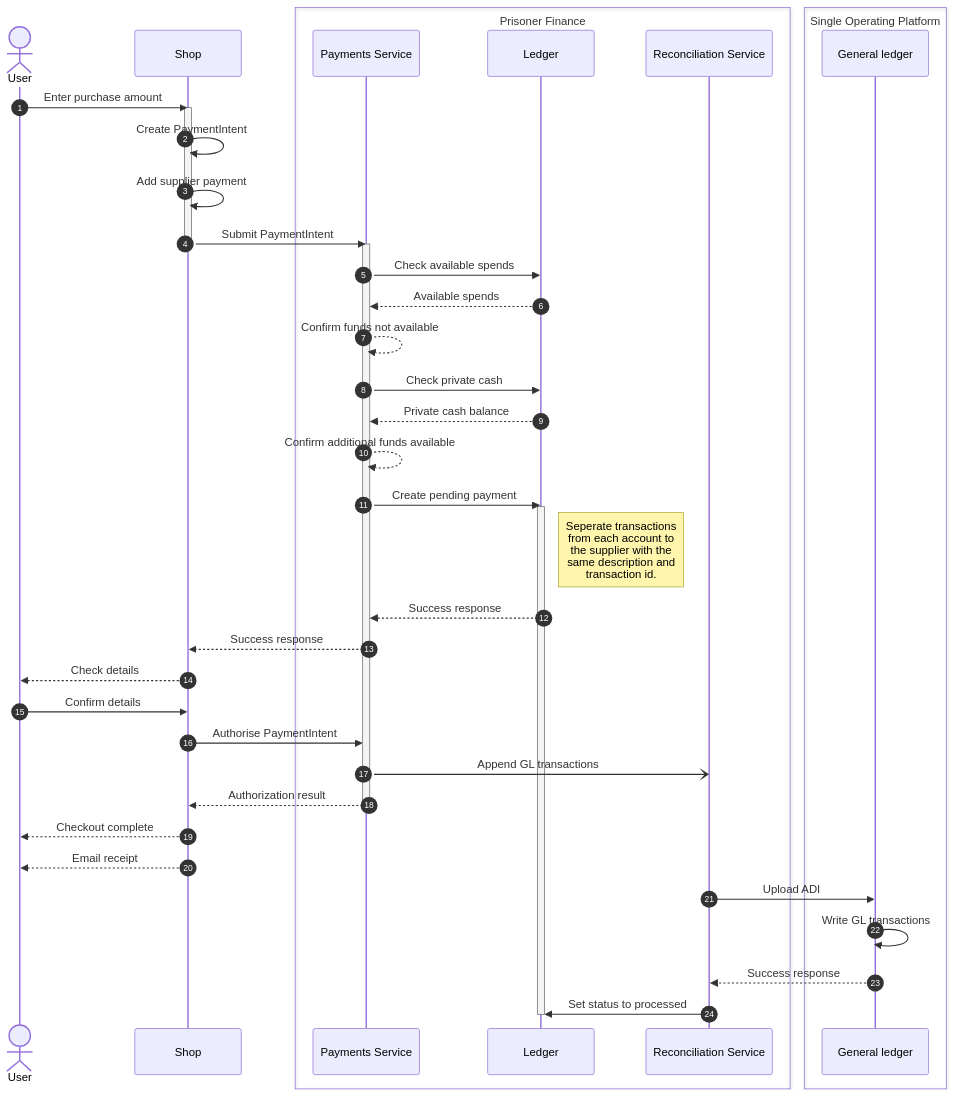
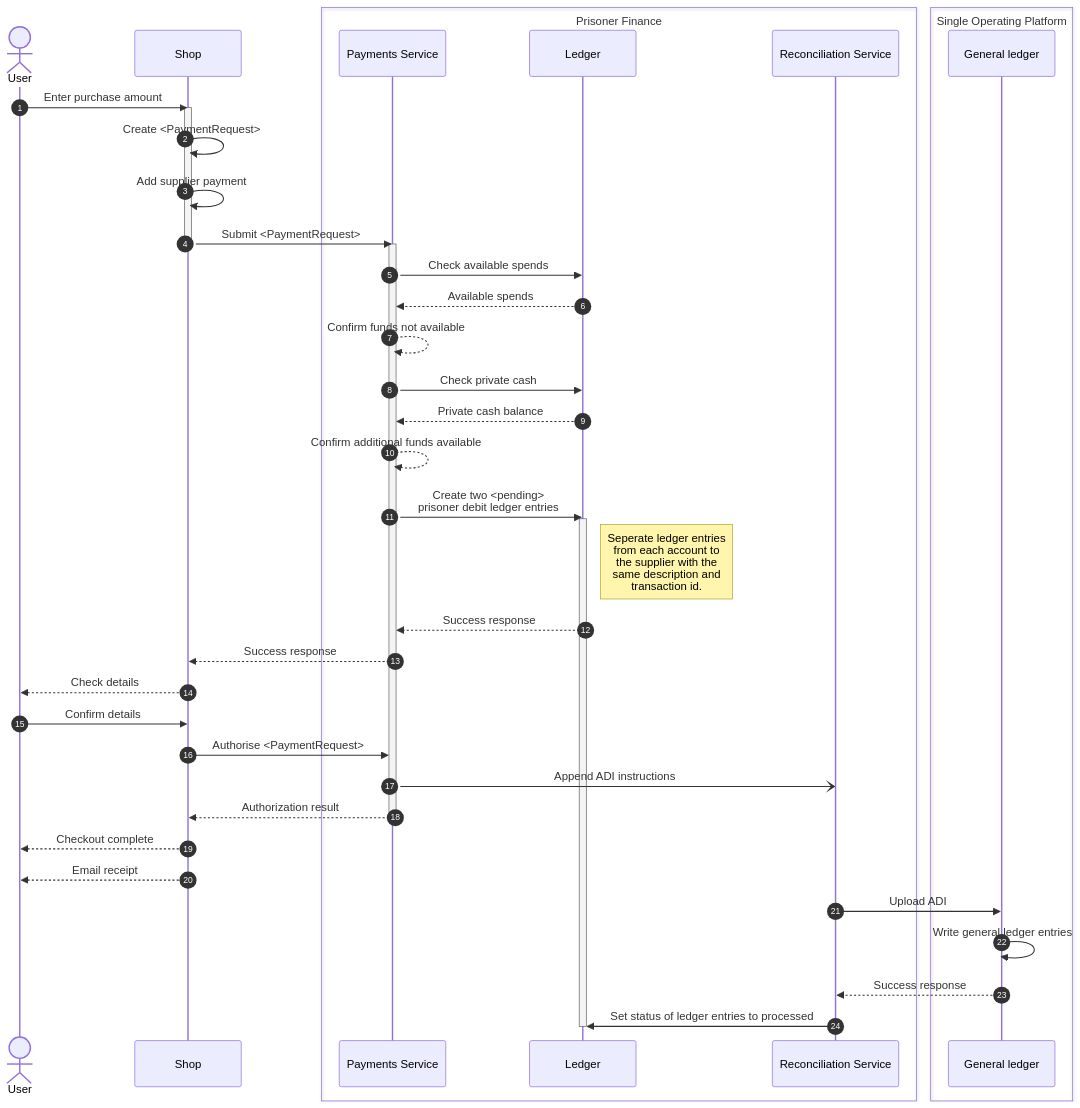
One commit to ministryofjustice/hmpps-prisoner-finance-poc-api changed the third of 8 diagrams in docs/processes-purchasing.md. Above: the diagram before and after it, drawn with Mermaid. The commit also changed other lines of this file, not shown here.

````diff
--- a/docs/processes-purchasing.md
+++ b/docs/processes-purchasing.md
@@ -105,47 +105,47 @@
 ```mermaid
 sequenceDiagram
   actor USER as User
   participant SHOP as Shop
   box Prisoner Finance
   participant API as Payments Service
   participant LEDGER as Ledger
   participant ADI as Reconciliation Service
   end
   box Single Operating Platform
   participant SOP as General ledger
   end
 
   autonumber
 
   USER ->> SHOP: Enter purchase amount
   activate SHOP
-  SHOP ->> SHOP: Create PaymentIntent
+  SHOP ->> SHOP: Create <PaymentRequest>
   SHOP ->> SHOP: Add supplier payment
-  SHOP ->> API: Submit PaymentIntent
+  SHOP ->> API: Submit <PaymentRequest>
   deactivate SHOP
   activate API
   API ->> LEDGER: Check available spends
   LEDGER -->> API: Available spends
   API -->> API: Confirm funds not available
   API ->> LEDGER: Check private cash
   LEDGER -->> API: Private cash balance
   API -->> API: Confirm additional funds available
-  API ->> LEDGER: Create pending payment
+  API ->> LEDGER: Create two <pending><br/>prisoner debit ledger entries
   activate LEDGER
-  note right of LEDGER: Seperate transactions<br/>from each account to<br/>the supplier with the<br/>same description and<br/>transaction id.
+  note right of LEDGER: Seperate ledger entries<br/>from each account to<br/>the supplier with the<br/>same description and<br/>transaction id.
   LEDGER -->> API: Success response
   API -->> SHOP: Success response
   SHOP -->> USER: Check details
   USER ->> SHOP: Confirm details
-  SHOP ->> API: Authorise PaymentIntent
-  API -) ADI: Append GL transactions
+  SHOP ->> API: Authorise <PaymentRequest>
+  API -) ADI: Append ADI instructions
   API -->> SHOP: Authorization result
   deactivate API
   SHOP -->> USER: Checkout complete
   SHOP -->> USER: Email receipt
   ADI ->> SOP: Upload ADI
-  SOP ->> SOP: Write GL transactions
+  SOP ->> SOP: Write general ledger entries
   SOP -->> ADI: Success response
-  ADI ->> LEDGER: Set status to processed
+  ADI ->> LEDGER: Set status of ledger entries to processed
   deactivate LEDGER
 ```
````
